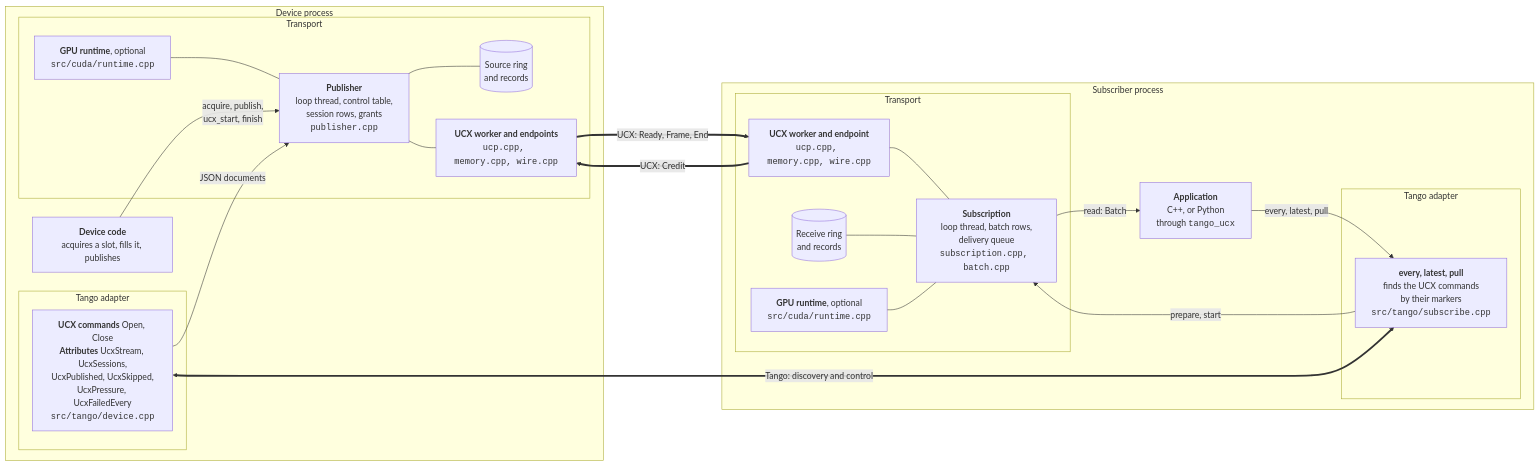
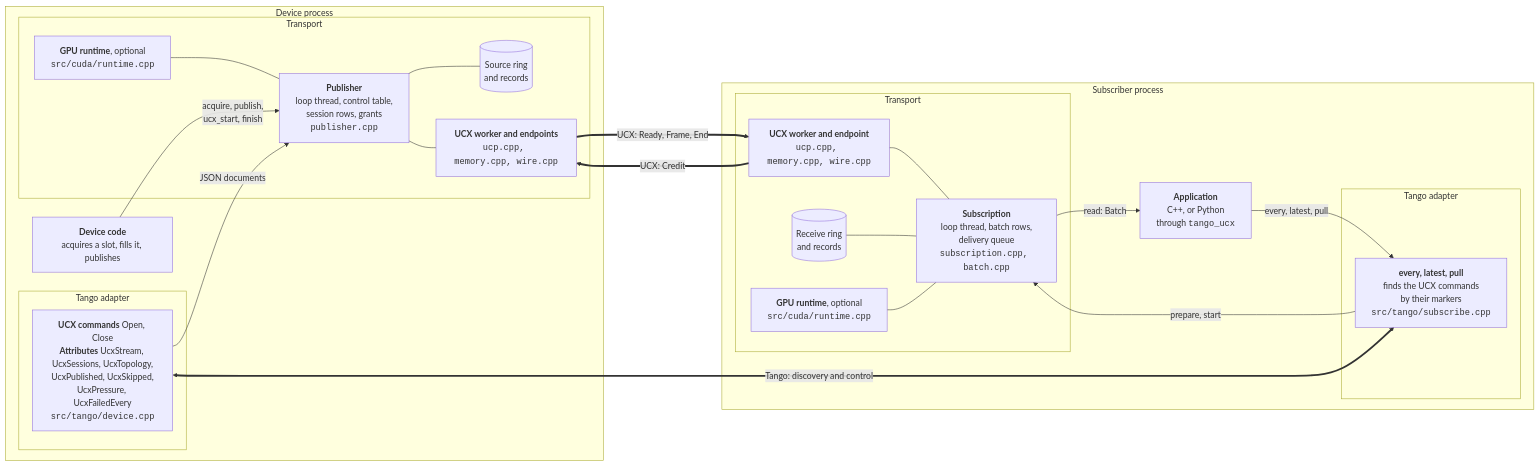
The first of 11 diagrams in docs/diagrams.md (srwohl/tango-ucx), drawn with Mermaid before and after one commit. The commit also changed 2 other files, not shown here.

Commit message:
Document transport usage, tuning and benchmark results
Lead the README with purpose, build steps, subscription modes and publisher integration. Document placement, idle modes, ownership and benchmark methods, replacing the prototype-history introduction.

````diff
--- a/docs/diagrams.md
+++ b/docs/diagrams.md
@@ -24,43 +24,43 @@
 ```mermaid
 flowchart LR
     subgraph DP["Device process"]
         DC["<b>Device code</b><br/>acquires a slot, fills it, publishes"]
         subgraph DTA["Tango adapter"]
-            CMD["<b>UCX commands</b> Open, Close<br/><b>Attributes</b> UcxStream, UcxSessions,<br/>UcxPublished, UcxSkipped,<br/>UcxPressure, UcxFailedEvery<br/><code>src/tango/device.cpp</code>"]
+            CMD["<b>UCX commands</b> Open, Close<br/><b>Attributes</b> UcxStream, UcxSessions, UcxTopology,<br/>UcxPublished, UcxSkipped,<br/>UcxPressure, UcxFailedEvery<br/><code>src/tango/device.cpp</code>"]
         end
         subgraph DTR["Transport"]
             PUB["<b>Publisher</b><br/>loop thread, control table,<br/>session rows, grants<br/><code>publisher.cpp</code>"]
             SRC[("Source ring<br/>and records")]
             PLOW["<b>UCX worker and endpoints</b><br/><code>ucp.cpp, memory.cpp, wire.cpp</code>"]
             PGPU["<b>GPU runtime</b>, optional<br/><code>src/cuda/runtime.cpp</code>"]
         end
     end
 
     subgraph SP["Subscriber process"]
         subgraph STR["Transport"]
             SLOW["<b>UCX worker and endpoint</b><br/><code>ucp.cpp, memory.cpp, wire.cpp</code>"]
             RCV[("Receive ring<br/>and records")]
             SUB["<b>Subscription</b><br/>loop thread, batch rows,<br/>delivery queue<br/><code>subscription.cpp, batch.cpp</code>"]
             GPU["<b>GPU runtime</b>, optional<br/><code>src/cuda/runtime.cpp</code>"]
         end
         subgraph STA["Tango adapter"]
             SUBSCRIBE["<b>every, latest, pull</b><br/>finds the UCX commands<br/>by their markers<br/><code>src/tango/subscribe.cpp</code>"]
         end
         APP["<b>Application</b><br/>C++, or Python<br/>through <code>tango_ucx</code>"]
     end
 
     DC -- "acquire, publish,<br/>ucx_start, finish" --> PUB
     CMD -- "JSON documents" --> PUB
     PUB --- SRC
     PUB --- PLOW
     PGPU --- PUB
     PLOW == "UCX: Ready, Frame, End" ==> SLOW
     SLOW == "UCX: Credit" ==> PLOW
     SLOW --- SUB
     RCV --- SUB
     GPU --- SUB
     SUB -- "read: Batch" --> APP
     SUBSCRIBE -- "prepare, start" --> SUB
     APP -- "every, latest, pull" --> SUBSCRIBE
     CMD <== "Tango: discovery and control" ==> SUBSCRIBE
 ```
````
